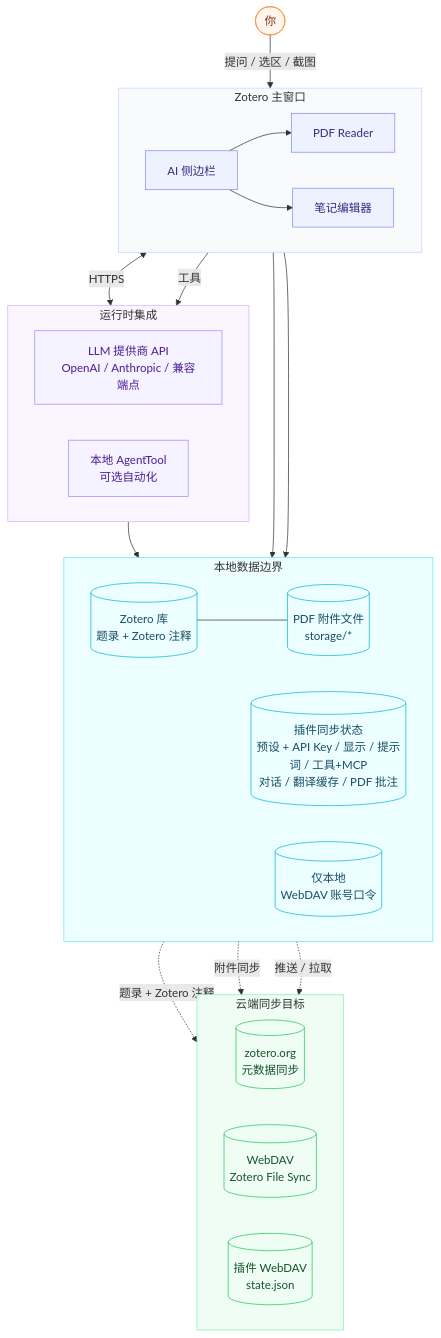
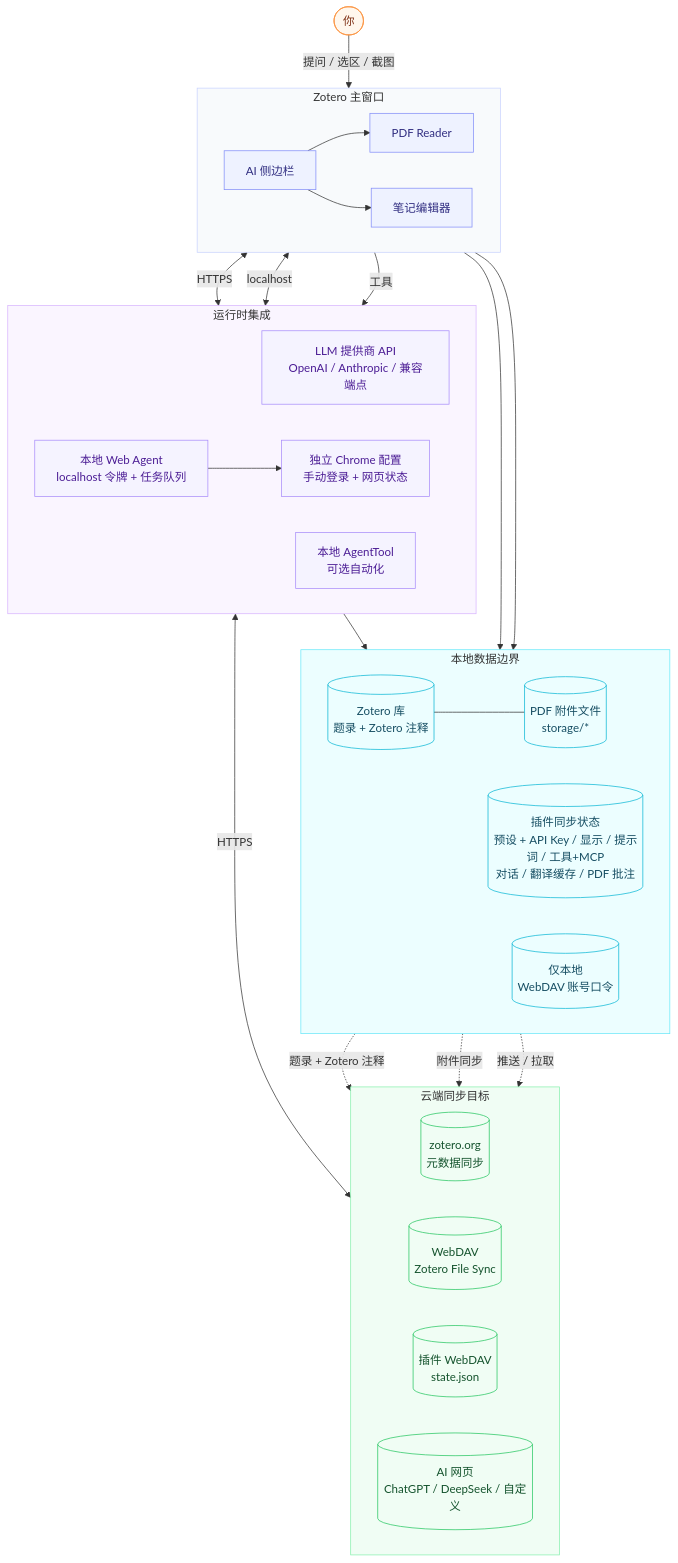
Before and after one commit to xuhan-rgb/zotero-ai-sidebar: the first of 2 diagrams in README.zh-CN.md, drawn with Mermaid. The commit also changed other lines of this file and 18 other files, not shown here.

````diff
--- a/README.zh-CN.md
+++ b/README.zh-CN.md
@@ -109,61 +126,67 @@
 ```mermaid
 flowchart TB
     User([你])
 
     subgraph UI[Zotero 主窗口]
         direction LR
         Side[AI 侧边栏]
         PDF[PDF Reader]
         Note[笔记编辑器]
         Side --> PDF
         Side --> Note
     end
 
     subgraph Local[本地数据边界]
         direction LR
         Core[(Zotero 库<br/>题录 + Zotero 注释)]
         Files[(PDF 附件文件<br/>storage/*)]
         PluginState[(插件同步状态<br/>预设 + API Key / 显示 / 提示词 / 工具+MCP<br/>对话 / 翻译缓存 / PDF 批注)]
         Secrets[(仅本地<br/>WebDAV 账号口令)]
     end
 
     subgraph Runtime[运行时集成]
         direction LR
         Provider[LLM 提供商 API<br/>OpenAI / Anthropic / 兼容端点]
+        WebAgent[本地 Web Agent<br/>localhost 令牌 + 任务队列]
+        Browser[独立 Chrome 配置<br/>手动登录 + 网页状态]
         Tools[本地 AgentTool<br/>可选自动化]
     end
 
     subgraph Cloud[云端同步目标]
         direction LR
         ZoteroOrg[(zotero.org<br/>元数据同步)]
         FileDAV[(WebDAV<br/>Zotero File Sync)]
         PluginDAV[(插件 WebDAV<br/>state.json)]
+        WebApps[(AI 网页<br/>ChatGPT / DeepSeek / 自定义)]
     end
 
     User -->|提问 / 选区 / 截图| Side
     Side <-->|HTTPS| Provider
+    Side <-->|localhost| WebAgent
+    WebAgent --> Browser
+    Browser <-->|HTTPS| WebApps
     Side -->|工具| Tools
     Tools --> Core
     Side --> Secrets
     Side --> PluginState
     Core --- Files
 
     Core -.题录 + Zotero 注释.-> ZoteroOrg
     Files -.附件同步.-> FileDAV
     PluginState -.推送 / 拉取.-> PluginDAV
 
     classDef actor fill:#fff7ed,stroke:#fb923c,color:#7c2d12,stroke-width:1px;
     classDef zotero fill:#eef2ff,stroke:#818cf8,color:#312e81,stroke-width:1px;
     classDef local fill:#ecfeff,stroke:#06b6d4,color:#164e63,stroke-width:1px;
     classDef runtime fill:#f5f3ff,stroke:#a78bfa,color:#4c1d95,stroke-width:1px;
     classDef cloud fill:#f0fdf4,stroke:#22c55e,color:#14532d,stroke-width:1px;
     class User actor;
     class Side,PDF,Note zotero;
     class Core,Files,PluginState,Secrets local;
-    class Provider,Tools runtime;
-    class ZoteroOrg,FileDAV,PluginDAV cloud;
+    class Provider,WebAgent,Browser,Tools runtime;
+    class ZoteroOrg,FileDAV,PluginDAV,WebApps cloud;
     style UI fill:#f8fafc,stroke:#c7d2fe,stroke-width:1px
     style Local fill:#ecfeff,stroke:#67e8f9,stroke-width:1px
     style Runtime fill:#faf5ff,stroke:#d8b4fe,stroke-width:1px
     style Cloud fill:#f0fdf4,stroke:#86efac,stroke-width:1px
 ```
````
